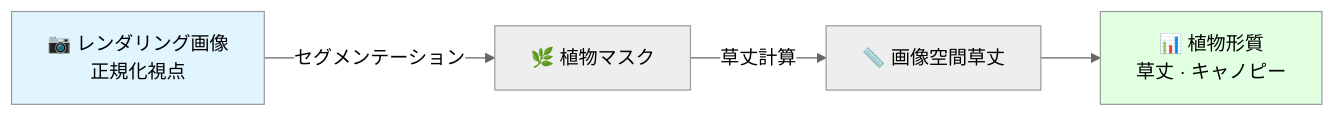
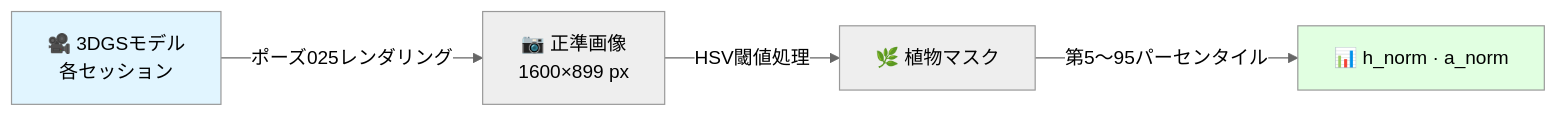
Before and after one commit to alzobaer/3dgs-pipeline-manual: the diagram in docs/pipeline/trait-extraction.ja.md, drawn with Mermaid (neutral theme). The commit also changed other lines of this file and 31 other files, not shown here.

````diff
--- a/docs/pipeline/trait-extraction.ja.md
+++ b/docs/pipeline/trait-extraction.ja.md
@@ -9,8 +9,8 @@
 ```mermaid
 graph LR
-    A[📷 レンダリング画像<br/>正規化視点] -->|セグメンテーション| B[🌿 植物マスク]
-    B -->|草丈計算| C[📏 画像空間草丈]
-    C --> D[📊 植物形質<br/>草丈 · キャノピー]
+    A[🎥 3DGSモデル<br/>各セッション] -->|ポーズ025レンダリング| B[📷 正準画像<br/>1600×899 px]
+    B -->|HSV閾値処理| C[🌿 植物マスク]
+    C -->|第5〜95パーセンタイル| D[📊 h_norm · a_norm]
     style A fill:#e1f5ff
     style D fill:#e1ffe1
 ```
````
